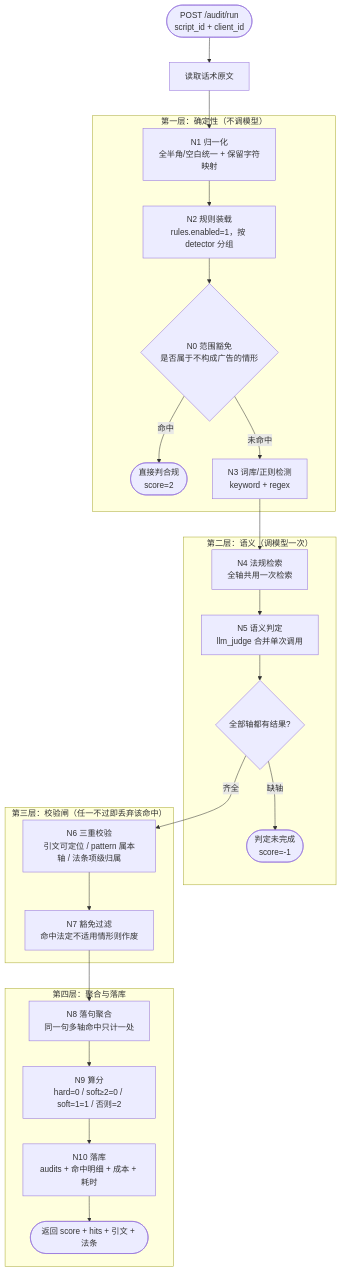
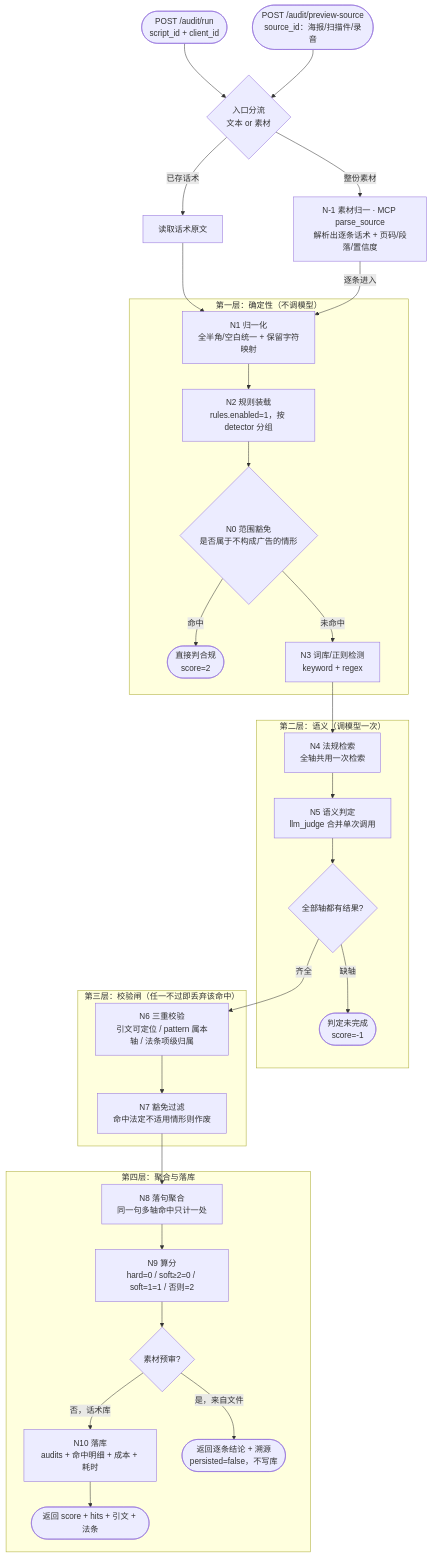
Before and after one commit to TS-DE/ComplianceGuard: the diagram in docs/flows/a1-合规审查智能体.md, drawn with Mermaid. The commit also changed other lines of this file and 9 other files, not shown here.

First line of the commit message:
feat(agent): A1 增加按素材预审入口并重画流程图

````diff
--- a/docs/flows/a1-合规审查智能体.md
+++ b/docs/flows/a1-合规审查智能体.md
@@ -10,32 +12,39 @@
 ```mermaid
 flowchart TD
-    Start([POST /audit/run<br/>script_id + client_id]) --> LoadScript[读取话术原文]
+    Entry{入口分流<br/>文本 or 素材}
+    Start([POST /audit/run<br/>script_id + client_id]) --> Entry
+    StartSrc([POST /audit/preview-source<br/>source_id：海报/扫描件/录音]) --> Entry
+    Entry -->|已存话术| LoadScript[读取话术原文]
+    Entry -->|整份素材| N_1[N-1 素材归一 · MCP parse_source<br/>解析出逐条话术 + 页码/段落/置信度]
     LoadScript --> N1
+    N_1 -->|逐条进入| N1
 
     subgraph L1["第一层：确定性（不调模型）"]
         N1[N1 归一化<br/>全半角/空白统一 + 保留字符映射]
         N1 --> N2[N2 规则装载<br/>rules.enabled=1，按 detector 分组]
         N2 --> Scope{N0 范围豁免<br/>是否属于不构成广告的情形}
         Scope -->|命中| Pass([直接判合规<br/>score=2])
         Scope -->|未命中| N3[N3 词库/正则检测<br/>keyword + regex]
     end
 
     subgraph L2["第二层：语义（调模型一次）"]
         N3 --> N4[N4 法规检索<br/>全轴共用一次检索]
         N4 --> N5[N5 语义判定<br/>llm_judge 合并单次调用]
         N5 --> AxisCheck{全部轴都有结果?}
         AxisCheck -->|缺轴| Incomplete([判定未完成<br/>score=-1])
     end
 
     subgraph L3["第三层：校验闸（任一不过即丢弃该命中）"]
         AxisCheck -->|齐全| N6[N6 三重校验<br/>引文可定位 / pattern 属本轴 / 法条项级归属]
         N6 --> N7[N7 豁免过滤<br/>命中法定不适用情形则作废]
     end
 
     subgraph L4["第四层：聚合与落库"]
         N7 --> N8[N8 落句聚合<br/>同一句多轴命中只计一处]
         N8 --> N9[N9 算分<br/>hard=0 / soft≥2=0 / soft=1=1 / 否则=2]
-        N9 --> N10[N10 落库<br/>audits + 命中明细 + 成本 + 耗时]
+        N9 --> Source{素材预审?}
+        Source -->|否，话术库| N10[N10 落库<br/>audits + 命中明细 + 成本 + 耗时]
         N10 --> End([返回 score + hits + 引文 + 法条])
+        Source -->|是，来自文件| NoSave([返回逐条结论 + 溯源<br/>persisted=false，不写库])
     end
 ```
````
